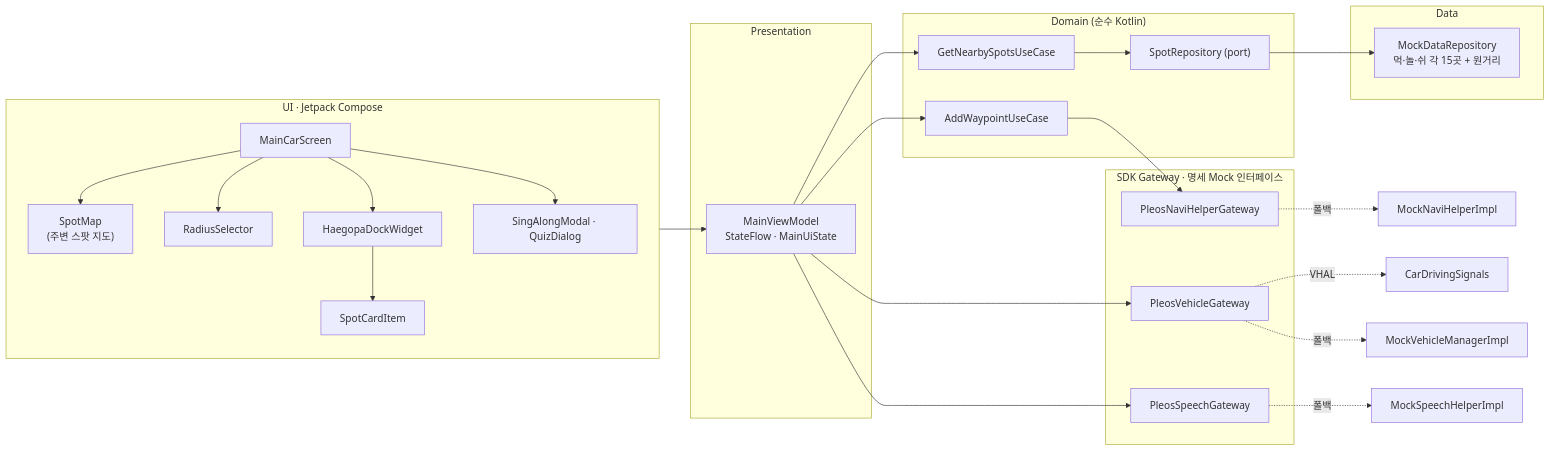
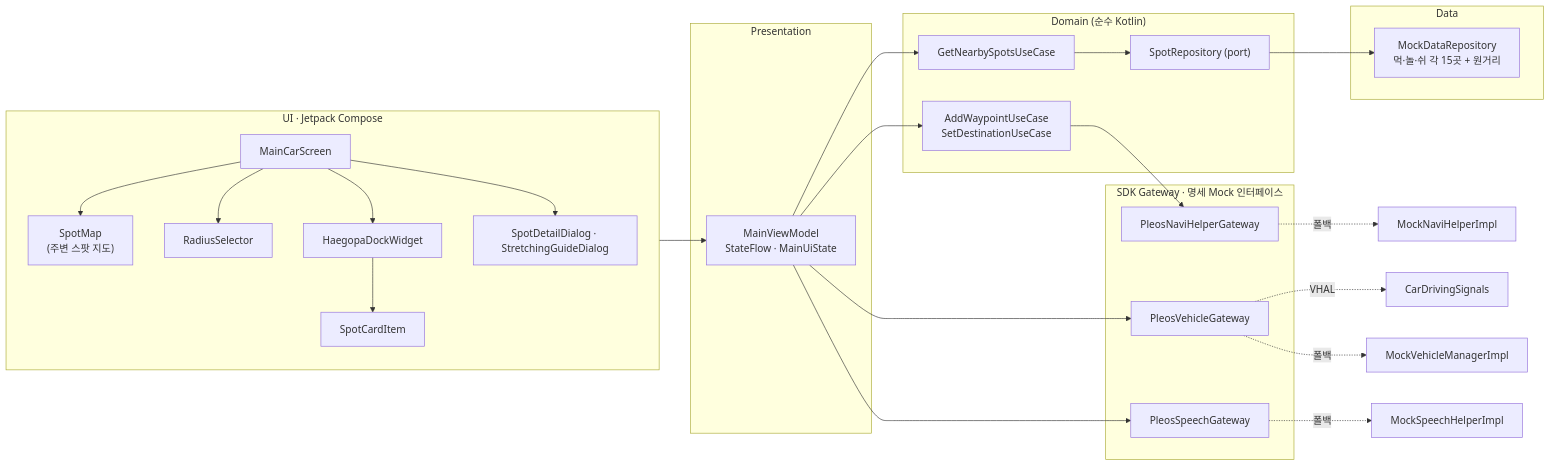
The diagram in README.md (sorrybro2/HaeGoPa), drawn with Mermaid before and after one commit. The commit also changed other lines of this file and 26 other files, not shown here.

````diff
--- a/README.md
+++ b/README.md
@@ -254,34 +258,34 @@
 ```mermaid
 flowchart LR
     subgraph UI["UI · Jetpack Compose"]
         S["MainCarScreen"] --> M["SpotMap<br/>(주변 스팟 지도)"]
         S --> R["RadiusSelector"]
         S --> D["HaegopaDockWidget"] --> C["SpotCardItem"]
-        S --> K["SingAlongModal · QuizDialog"]
+        S --> K["SpotDetailDialog · StretchingGuideDialog"]
     end
     subgraph PR["Presentation"]
         VM["MainViewModel<br/>StateFlow · MainUiState"]
     end
     subgraph DO["Domain (순수 Kotlin)"]
         U1["GetNearbySpotsUseCase"]
-        U2["AddWaypointUseCase"]
+        U2["AddWaypointUseCase<br/>SetDestinationUseCase"]
         RP["SpotRepository (port)"]
     end
     subgraph DA["Data"]
         MD["MockDataRepository<br/>먹·놀·쉬 각 15곳 + 원거리"]
     end
     subgraph SDK["SDK Gateway · 명세 Mock 인터페이스"]
         NG["PleosNaviHelperGateway"]
         VG["PleosVehicleGateway"]
         SG["PleosSpeechGateway"]
     end
     UI --> VM
     VM --> U1 --> RP --> MD
     VM --> U2 --> NG
     VM --> VG
     VM --> SG
     NG -.->|폴백| N0["MockNaviHelperImpl"]
     VG -.->|VHAL| CAR["CarDrivingSignals"]
     VG -.->|폴백| V0["MockVehicleManagerImpl"]
     SG -.->|폴백| S0["MockSpeechHelperImpl"]
 ```
````
